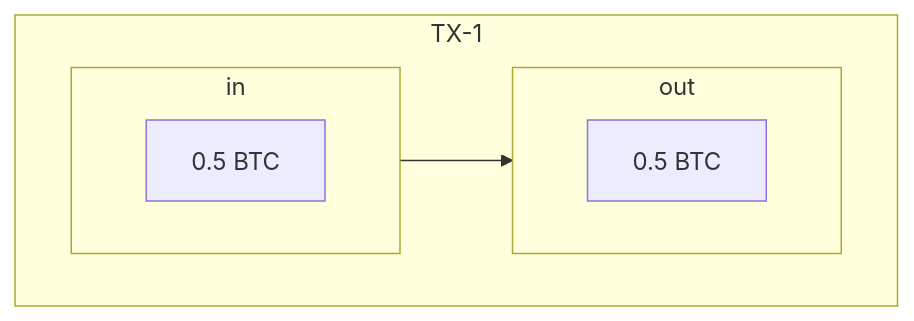
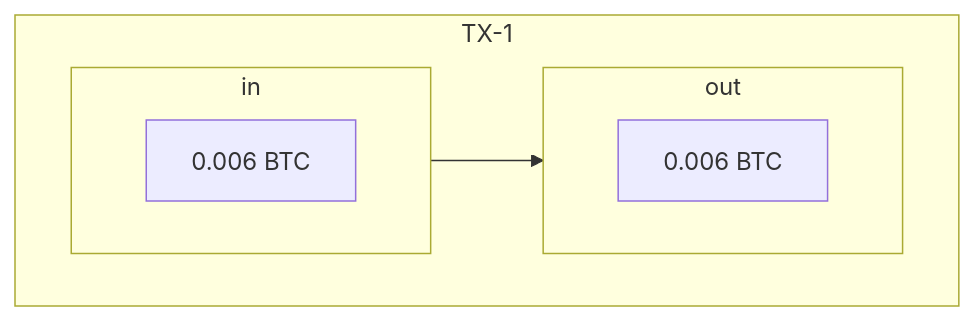
One commit to rschristopher/rschristopher.github.io changed the first of 3 diagrams in src/custody/imperfect-metaphors.md. Above: the diagram before and after it, drawn with Mermaid. The commit also changed other lines of this file and 4 other files, not shown here.

````diff
--- a/src/custody/imperfect-metaphors.md
+++ b/src/custody/imperfect-metaphors.md
@@ -326,15 +218,15 @@
 ``` mermaid
 flowchart LR
   subgraph TX-1
     direction LR
     subgraph in-1[in]
         direction LR
-        a[0.5 BTC]
+        a[0.006 BTC]
     end
     subgraph out-1[out]
         direction LR
-        b[0.5 BTC]
+        b[0.006 BTC]
     end
   end
   a --> b
 ```
````
